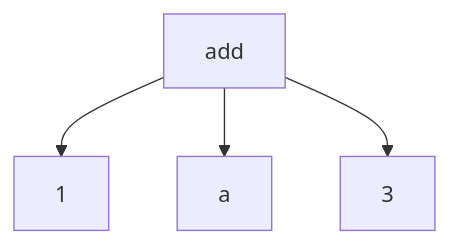
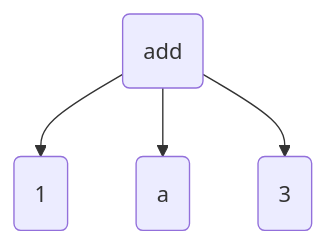
Before and after one commit to pengvyn/kavpix-code: diagram 11 of 35 in src/essays/number-tree/essay.md, drawn with Mermaid. The commit also changed other lines of this file and 1 other file, not shown here.

````diff
--- a/src/essays/number-tree/essay.md
+++ b/src/essays/number-tree/essay.md
@@ -113,6 +115,6 @@
 ```mermaid
     graph TD;
-        add --> 1;
-        add --> a;
-        add --> 3;
+        add(add) --> 1(1);
+        add --> a(a);
+        add --> 3(3);
 ```
````
